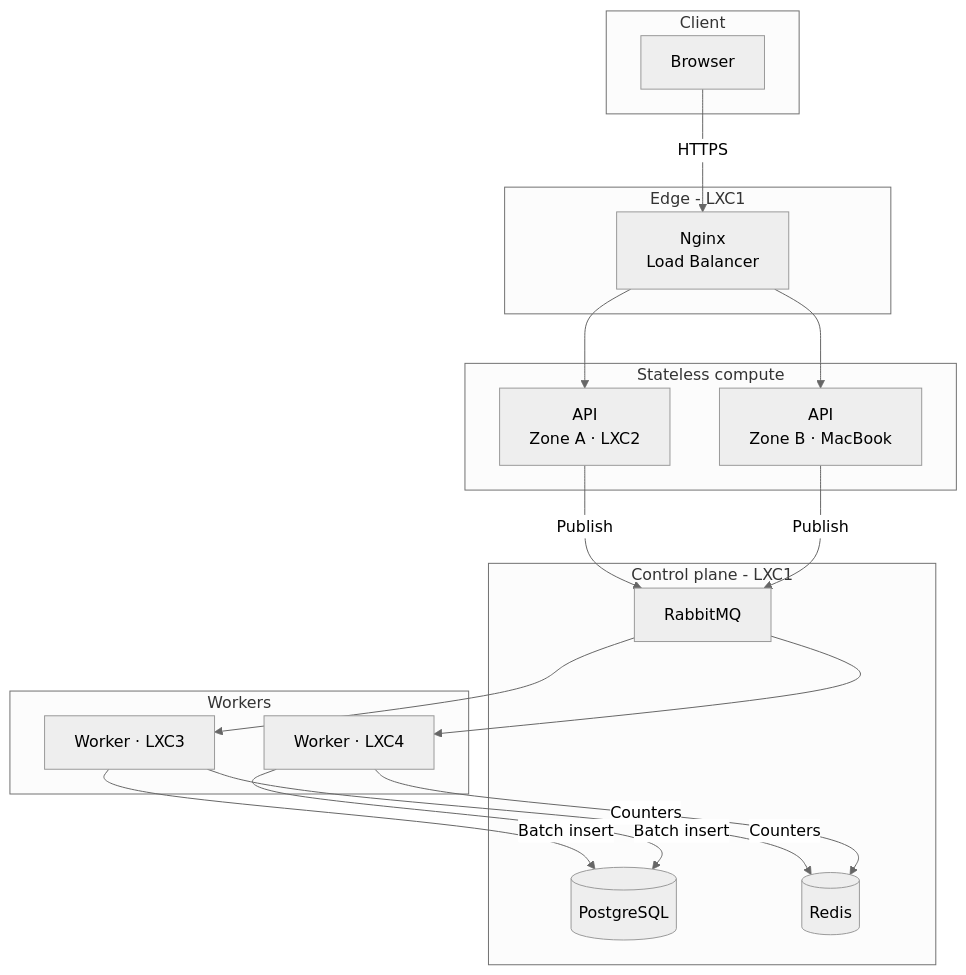
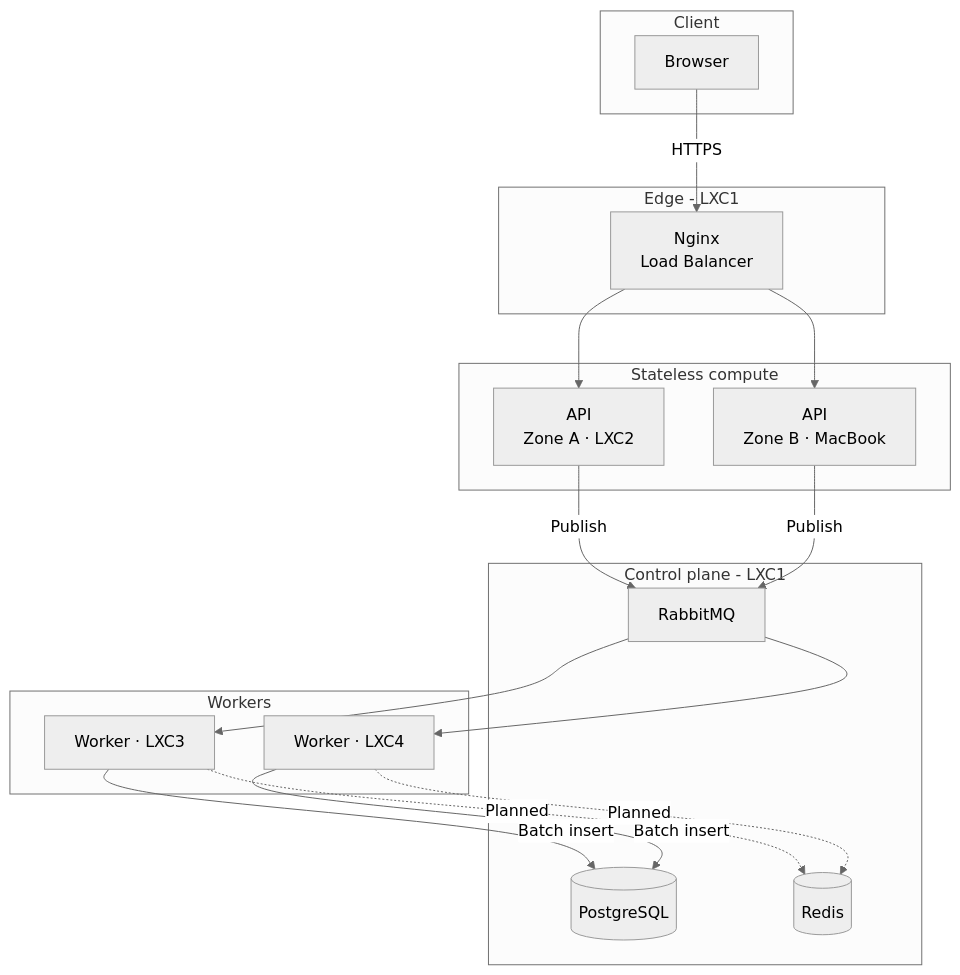
One commit to ahamedzoha/tabs-vs-spaces changed the first of 5 diagrams in README.md. Above: the diagram before and after it, drawn with Mermaid (neutral theme). The commit also changed other lines of this file and 31 other files, not shown here.

````diff
--- a/README.md
+++ b/README.md
@@ -83,38 +93,38 @@
 ```mermaid
 flowchart TB
     subgraph client["Client"]
         Browser["Browser"]
     end
 
     subgraph edge["Edge - LXC1"]
         Nginx["Nginx<br/>Load Balancer"]
     end
 
     subgraph compute["Stateless compute"]
         API_A["API<br/>Zone A · LXC2"]
         API_B["API<br/>Zone B · MacBook"]
     end
 
     subgraph control["Control plane - LXC1"]
         RMQ["RabbitMQ"]
         PG[("PostgreSQL")]
         Redis[("Redis")]
     end
 
     subgraph workers["Workers"]
         W1["Worker · LXC3"]
         W2["Worker · LXC4"]
     end
 
     Browser -->|HTTPS| Nginx
     Nginx --> API_A
     Nginx --> API_B
     API_A -->|Publish| RMQ
     API_B -->|Publish| RMQ
     RMQ --> W1
     RMQ --> W2
     W1 -->|Batch insert| PG
     W2 -->|Batch insert| PG
-    W1 -->|Counters| Redis
-    W2 -->|Counters| Redis
+    W1 -.->|Planned| Redis
+    W2 -.->|Planned| Redis
 ```
````
